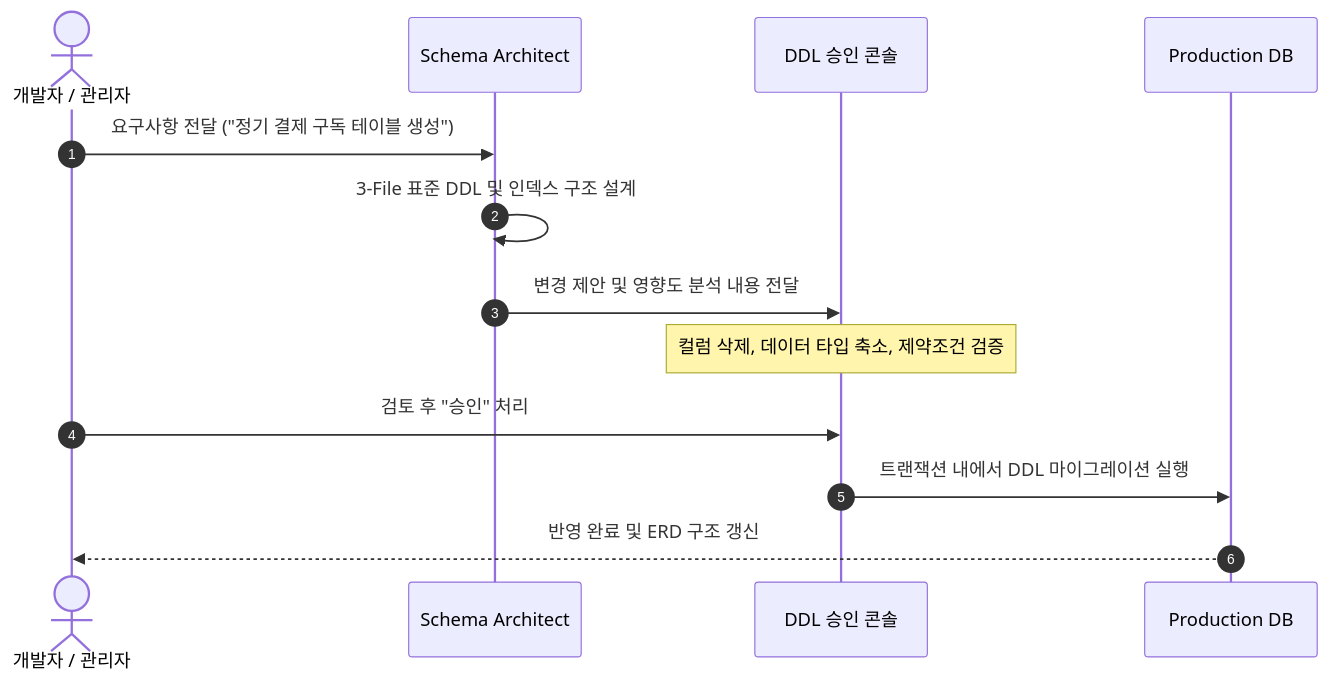
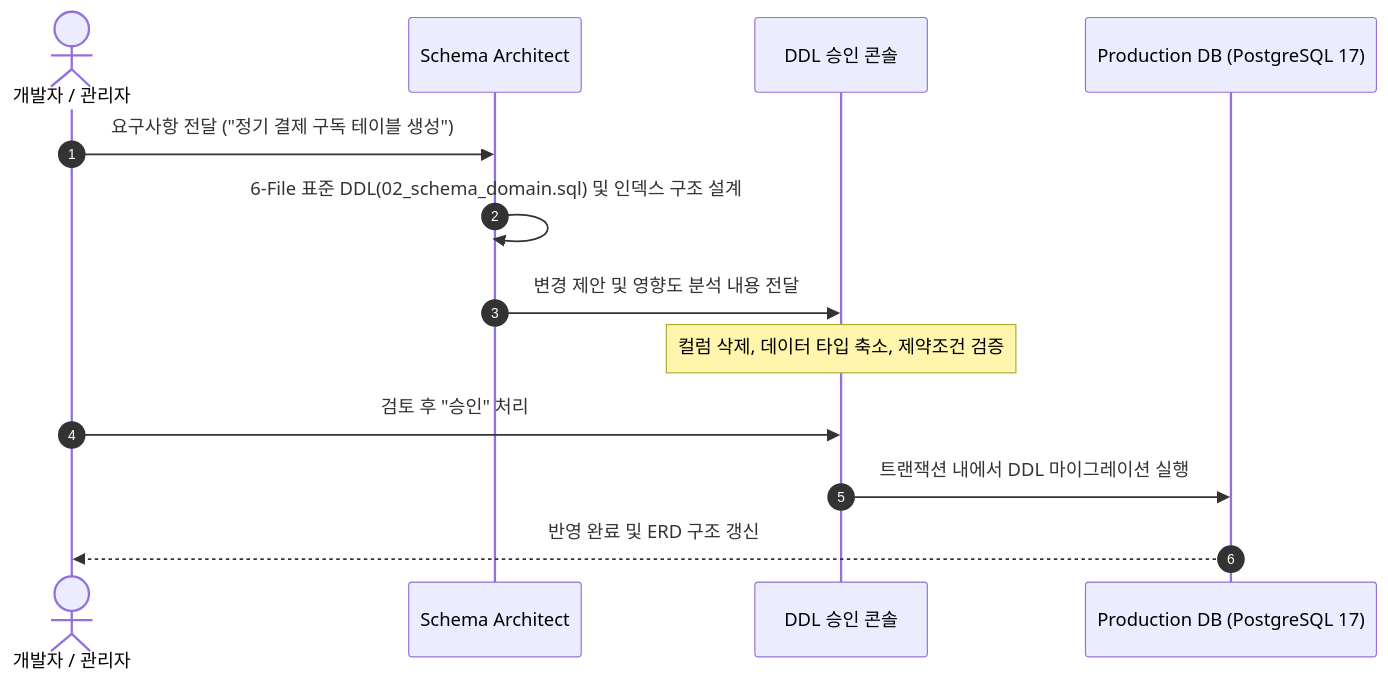
One commit to DramaticCollaboration/doc.github.io changed the diagram in ko/syncboot/schema-studio.md. Above: the diagram before and after it, drawn with Mermaid. The commit also changed other lines of this file and 21 other files, not shown here.

````diff
--- a/ko/syncboot/schema-studio.md
+++ b/ko/syncboot/schema-studio.md
@@ -36,16 +43,16 @@
 ```mermaid
 sequenceDiagram
     autonumber
     actor Dev as 개발자 / 관리자
     participant AI as Schema Architect
     participant Console as DDL 승인 콘솔
-    participant DB as Production DB
+    participant DB as Production DB (PostgreSQL 17)
 
     Dev->>AI: 요구사항 전달 ("정기 결제 구독 테이블 생성")
-    AI->>AI: 3-File 표준 DDL 및 인덱스 구조 설계
+    AI->>AI: 6-File 표준 DDL(02_schema_domain.sql) 및 인덱스 구조 설계
     AI->>Console: 변경 제안 및 영향도 분석 내용 전달
     Note over Console: 컬럼 삭제, 데이터 타입 축소, 제약조건 검증
     Dev->>Console: 검토 후 "승인" 처리
     Console->>DB: 트랜잭션 내에서 DDL 마이그레이션 실행
     DB-->>Dev: 반영 완료 및 ERD 구조 갱신
 ```
````
